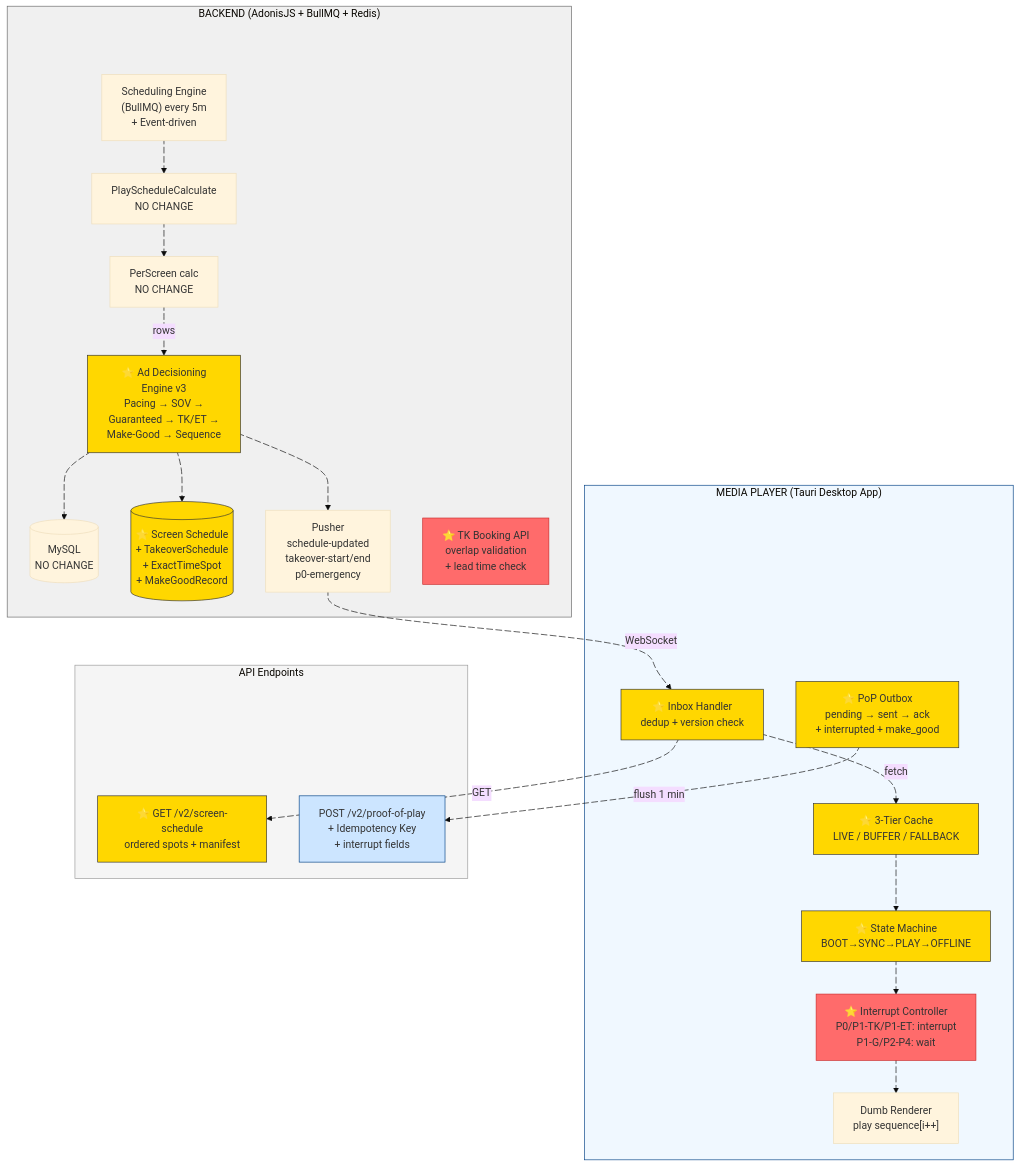
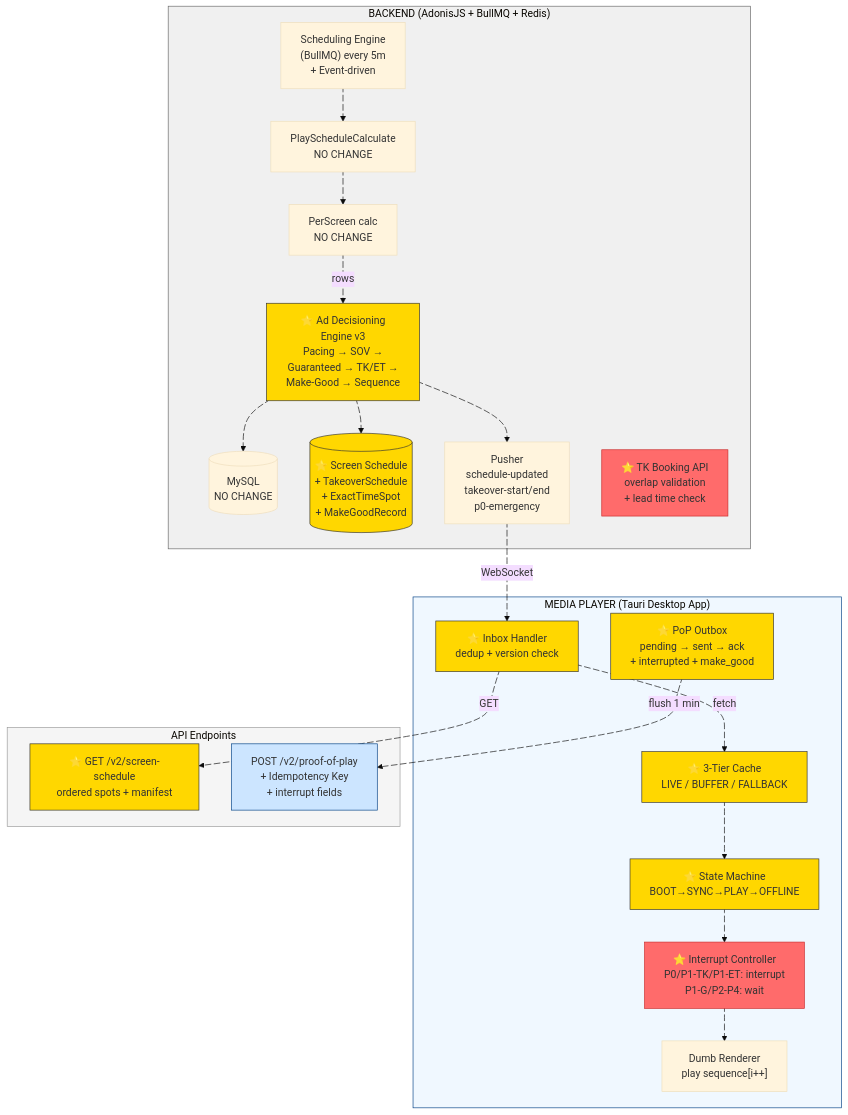
Before and after one commit to wasikarn/jira-generator: the diagram in scripts/diagrams/01-proposed-architecture.mmd, drawn with Mermaid (base theme). The commit also changed 6 other files, not shown here.

First line of the commit message:
fix: use single-line subgraph titles to prevent node overlap in diagrams

```diff
--- a/scripts/diagrams/01-proposed-architecture.mmd
+++ b/scripts/diagrams/01-proposed-architecture.mmd
@@ -1,55 +1,51 @@
 flowchart TD
     subgraph BE["BACKEND (AdonisJS + BullMQ + Redis)"]
-        BE_pad[ ]:::spacer ~~~ Cron
         Cron["Scheduling Engine<br/>(BullMQ) every 5m<br/>+ Event-driven"] e4@--> Calc["PlayScheduleCalculate<br/>NO CHANGE"]
         Calc e5@--> Per["PerScreen calc<br/>NO CHANGE"]
         Per e6@-->|"rows"| PB["⭐ Ad Decisioning<br/>Engine v3<br/>Pacing → SOV →<br/>Guaranteed → TK/ET →<br/>Make-Good → Sequence"]
         PB e7@--> DB[("MySQL<br/>NO CHANGE")]
         PB e8@--> DPL[("⭐ Screen Schedule<br/>+ TakeoverSchedule<br/>+ ExactTimeSpot<br/>+ MakeGoodRecord")]
         PB e9@--> Push["Pusher<br/>schedule-updated<br/>takeover-start/end<br/>p0-emergency"]
         TKB["⭐ TK Booking API<br/>overlap validation<br/>+ lead time check"]
     end
     Push e1@-->|"WebSocket"| INB
     subgraph PL["MEDIA PLAYER (Tauri Desktop App)"]
-        PL_pad[ ]:::spacer ~~~ INB
         INB["⭐ Inbox Handler<br/>dedup + version check"]
         INB e10@-->|"fetch"| CACHE["⭐ 3-Tier Cache<br/>LIVE / BUFFER / FALLBACK"]
         CACHE e11@--> SM["⭐ State Machine<br/>BOOT→SYNC→PLAY→OFFLINE"]
         SM e12@--> IC["⭐ Interrupt Controller<br/>P0/P1-TK/P1-ET: interrupt<br/>P1-G/P2-P4: wait"]
         IC e13@--> REN["Dumb Renderer<br/>play sequence[i++]"]
         OUT["⭐ PoP Outbox<br/>pending → sent → ack<br/>+ interrupted + make_good"]
     end
     subgraph APILAYER["API Endpoints"]
-        API_pad[ ]:::spacer ~~~ API1
         API1["⭐ GET /v2/screen-schedule<br/>ordered spots + manifest"]
         API2["POST /v2/proof-of-play<br/>+ Idempotency Key<br/>+ interrupt fields"]
     end
     INB e2@-->|"GET"| API1
     OUT e3@-->|"flush 1 min"| API2
     e1@{ animation: slow }
     e2@{ animation: slow }
     e3@{ animation: slow }
     e4@{ animation: fast }
     e5@{ animation: fast }
     e6@{ animation: fast }
     e7@{ animation: slow }
     e8@{ animation: slow }
     e9@{ animation: fast }
     e10@{ animation: fast }
     e11@{ animation: fast }
     e12@{ animation: fast }
     e13@{ animation: fast }
-    classDef spacer fill:none,stroke:none,color:transparent
     style BE fill:#f0f0f0,stroke:#666
     style PL fill:#f0f8ff,stroke:#004085
     style APILAYER fill:#f5f5f5,stroke:#999
     style PB fill:#ffd700,stroke:#333
     style DPL fill:#ffd700,stroke:#333
     style INB fill:#ffd700,stroke:#333
     style CACHE fill:#ffd700,stroke:#333
     style SM fill:#ffd700,stroke:#333
     style IC fill:#ff6b6b,stroke:#c92a2a
     style OUT fill:#ffd700,stroke:#333
     style API1 fill:#ffd700,stroke:#333
     style API2 fill:#cce5ff,stroke:#004085
     style TKB fill:#ff6b6b,stroke:#c92a2a
```
